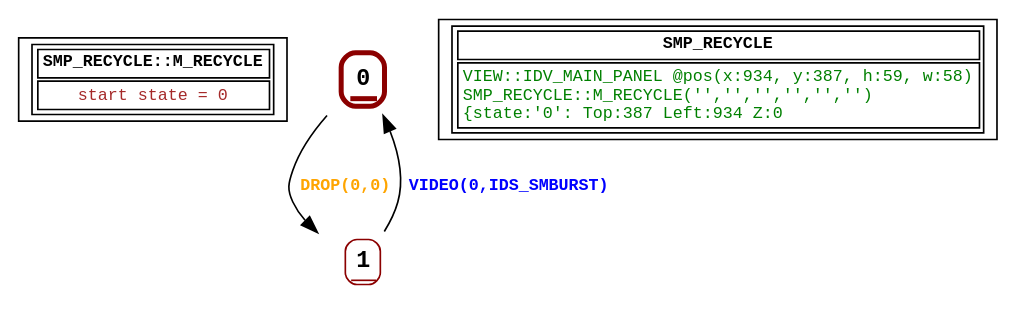
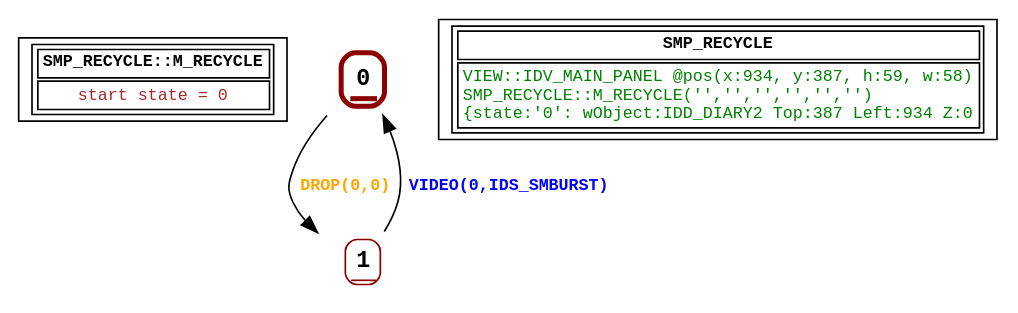
Before and after one commit to guy-stewart/AzariaCD: the diagram in graph/SMP_RECYCLE.dot, drawn with Graphviz. The commit also changed 23 other files, not shown here.

```diff
--- a/graph/SMP_RECYCLE.dot
+++ b/graph/SMP_RECYCLE.dot
@@ -1,20 +1,20 @@
 digraph Automaton {
  fontname="Courier New"
 	node [shape=oval, fontname="Courier New"];
 	filename[shape = record, fontsize=10, label=< <table border="1"><tr><td><b>SMP_RECYCLE::M_RECYCLE<br align="left"/></b></td></tr>
 <tr><td><font point-size="10" color ="brown">start state = 0<br align="left"/></font></td></tr></table>>
 ];
 	0[shape = none, fontsize=14, label=< <table border="3" color="darkred" style="rounded"><tr><td sides="b"><b>0<br align="left"/></b></td></tr>
 </table>>];
 "0" -> "1" [fontcolor=orange,fontsize=10,fontname="Courier New", label=< <table border="0"><tr><td><b>DROP(0,0)<br align="left"/></b></td></tr>
 </table>>
 ];
 	1[shape = none, fontsize=14, label=< <table border="1" color="darkred" style="rounded"><tr><td sides="b"><b>1<br align="left"/></b></td></tr>
 </table>>];
 "1" -> "0" [fontcolor=blue,fontsize=10,fontname="Courier New", label=< <table border="0"><tr><td><b>VIDEO(0,IDS_SMBURST)<br align="left"/></b></td></tr>
 </table>>
 ];
 	status[shape = record, fontsize=10, label=< <table border="1"><tr><td><b>SMP_RECYCLE<br align="left"/></b></td></tr>
-<tr><td><font point-size="10" color ="green">VIEW::IDV_MAIN_PANEL @pos(x:934, y:387, h:59, w:58)<br align="left"/>SMP_RECYCLE::M_RECYCLE(&apos;&apos;,&apos;&apos;,&apos;&apos;,&apos;&apos;,&apos;&apos;,&apos;&apos;)<br align="left"/>			&#123;state:&apos;0&apos;: Top:387 Left:934 Z:0<br align="left"/></font></td></tr></table>>
+<tr><td><font point-size="10" color ="green">VIEW::IDV_MAIN_PANEL @pos(x:934, y:387, h:59, w:58)<br align="left"/>SMP_RECYCLE::M_RECYCLE(&apos;&apos;,&apos;&apos;,&apos;&apos;,&apos;&apos;,&apos;&apos;,&apos;&apos;)<br align="left"/>			&#123;state:&apos;0&apos;: wObject:IDD_DIARY2 Top:387 Left:934 Z:0<br align="left"/></font></td></tr></table>>
 ];
 }
```
